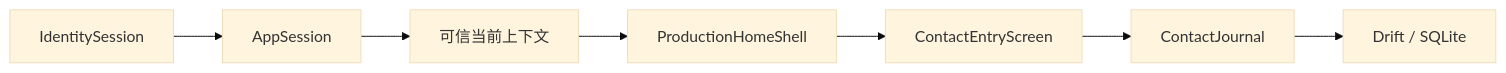
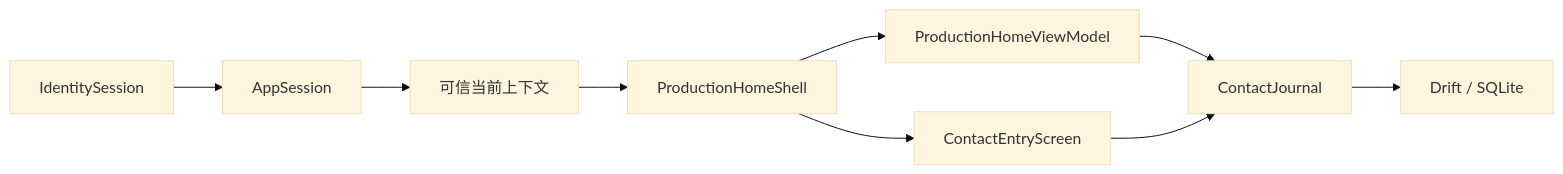
One commit to XavierOwen/tongxingzhe-app changed the diagram in docs/manual/05-formal-contact-loop.md. Above: the diagram before and after it, drawn with Mermaid (base theme). The commit also changed other lines of this file and 28 other files, not shown here.

````diff
--- a/docs/manual/05-formal-contact-loop.md
+++ b/docs/manual/05-formal-contact-loop.md
@@ -9,9 +9,11 @@
 ```mermaid
 flowchart LR
   A["IdentitySession"] --> B["AppSession"]
   B --> C["可信当前上下文"]
   C --> D["ProductionHomeShell"]
+  D --> H["ProductionHomeViewModel"]
   D --> E["ContactEntryScreen"]
+  H --> F
   E --> F["ContactJournal"]
   F --> G["Drift / SQLite"]
 ```
````
